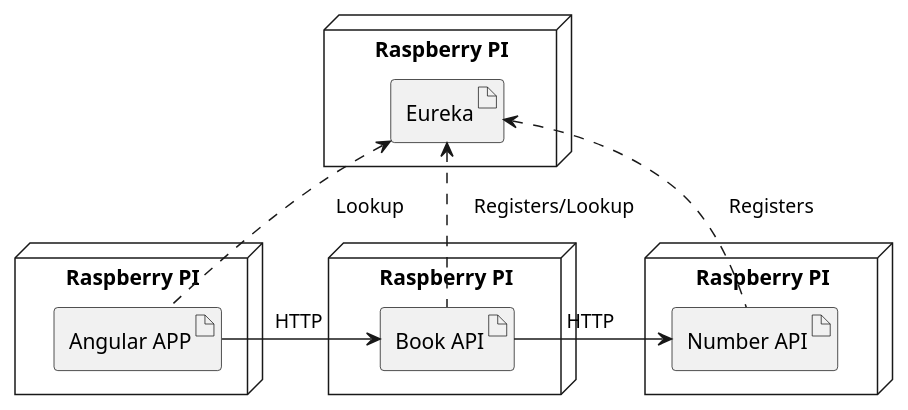
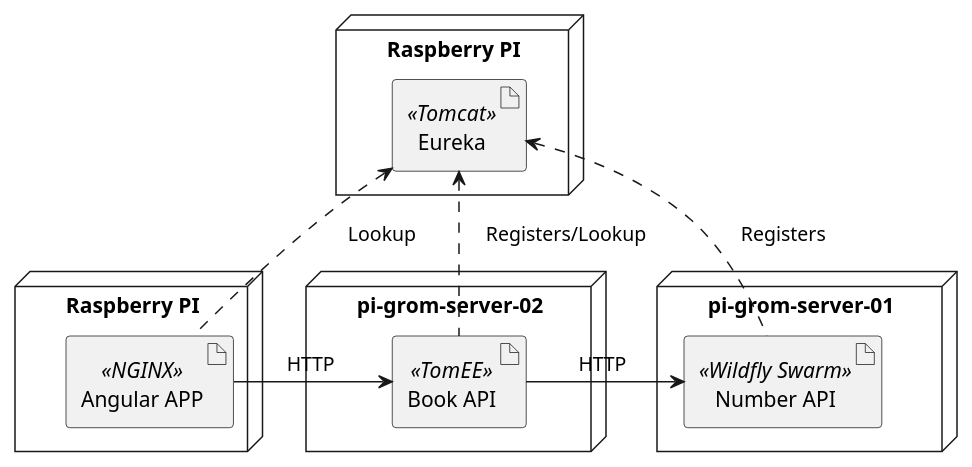
Before and after one commit to agoncal/baking-microservice-pie: the diagram in slides/src/main/plantuml/registry-architecture.puml, drawn with PlantUML. The commit also changed 34 other files, not shown here.

```diff
--- a/slides/src/main/plantuml/registry-architecture.puml
+++ b/slides/src/main/plantuml/registry-architecture.puml
@@ -1,24 +1,24 @@
 @startuml
 
 node "Raspberry PI" as piclient {
-    artifact "Angular APP" as angular
+    artifact "Angular APP" <<NGINX>> as angular
 }
 
-node "Raspberry PI" as piserver {
-    artifact "Number API" as numberapi
+node "pi-grom-server-01" as piserver {
+    artifact "Number API" <<Wildfly Swarm>> as numberapi
 }
 
-node "Raspberry PI" as piserver2 {
-    artifact "Book API" as bookapi
+node "pi-grom-server-02" as piserver2 {
+    artifact "Book API" <<TomEE>> as bookapi
 }
 
 node "Raspberry PI" as piregistry {
-    artifact "Eureka" as eureka
+    artifact "Eureka" <<Tomcat>> as eureka
 }
 
 angular -> bookapi: "     HTTP      "
 bookapi -> numberapi: "     HTTP      "
 numberapi -up.> eureka: "     Registers      "
 bookapi -up.> eureka: "     Registers/Lookup      "
 angular -up.> eureka: "     Lookup      "
 @enduml
```
